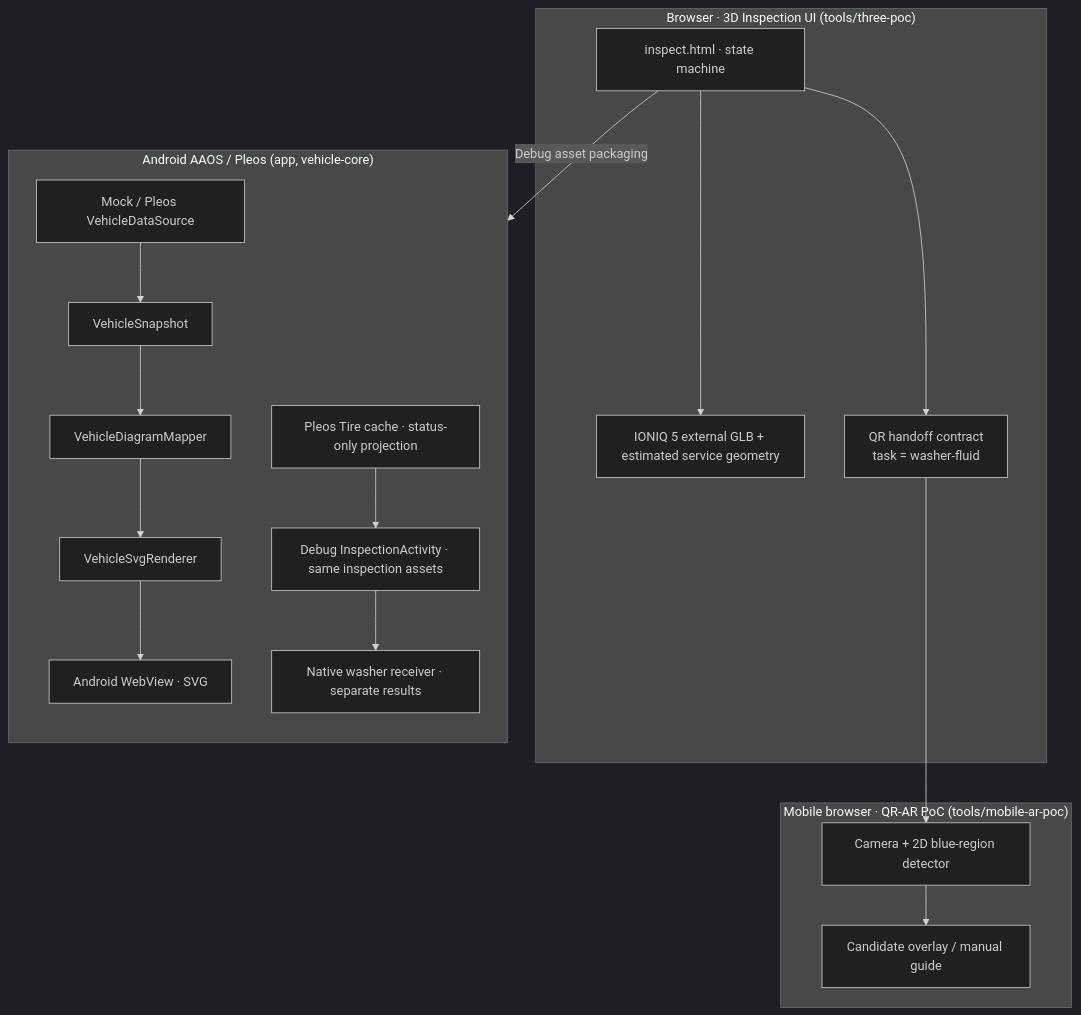
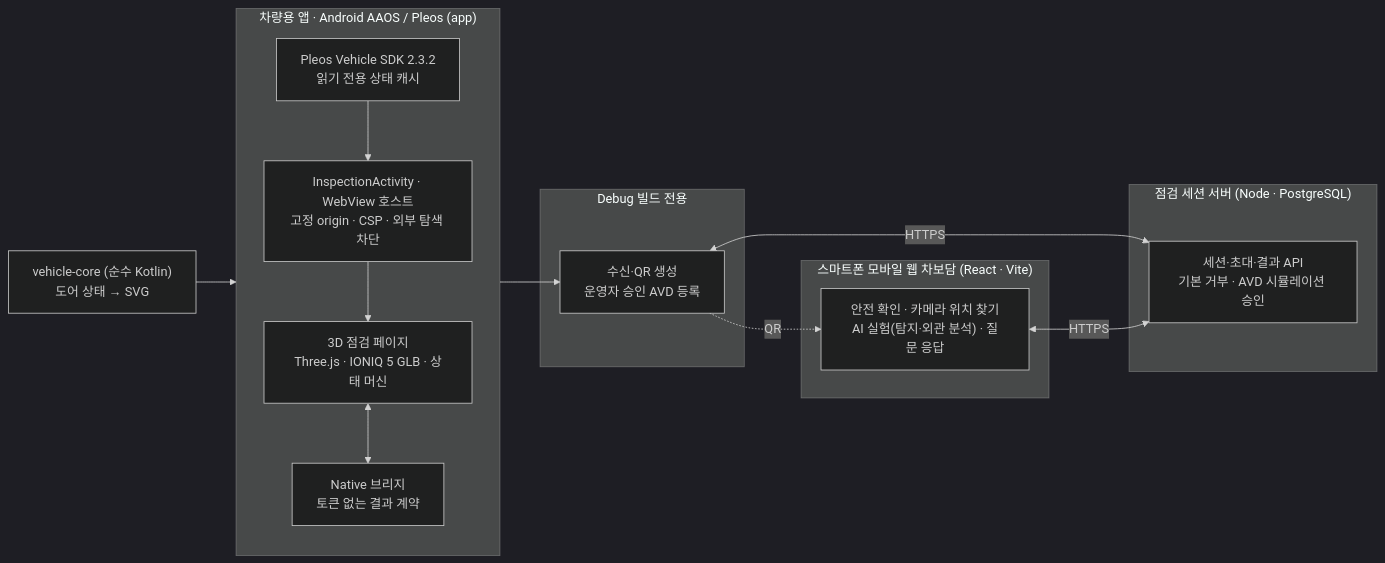
The diagram in README.md (ppsssj/CarScope), drawn with Mermaid (dark theme) before and after one commit. The commit also changed other lines of this file, not shown here.

First line of the commit message:
docs(readme): demo video, user flow and Debug/Release split for 차보담

````diff
--- a/README.md
+++ b/README.md
@@ -145,24 +153,27 @@
 ```mermaid
-flowchart TB
-  subgraph Browser["Browser · 3D Inspection UI (tools/three-poc)"]
-    UI["inspect.html · state machine"]
-    GEO["IONIQ 5 external GLB + estimated service geometry"]
-    UI --> GEO
-    UI --> QR["QR handoff contract<br/>task = washer-fluid"]
+flowchart LR
+  subgraph Car["차량용 앱 · Android AAOS / Pleos (app)"]
+    direction TB
+    PAGE["3D 점검 페이지<br/>Three.js · IONIQ 5 GLB · 상태 머신"]
+    HOST["InspectionActivity · WebView 호스트<br/>고정 origin · CSP · 외부 탐색 차단"]
+    SDK["Pleos Vehicle SDK 2.3.2<br/>읽기 전용 상태 캐시"]
+    BRIDGE["Native 브리지<br/>토큰 없는 결과 계약"]
+    SDK --> HOST
+    HOST --> PAGE
+    PAGE <--> BRIDGE
   end
-  subgraph Mobile["Mobile browser · QR-AR PoC (tools/mobile-ar-poc)"]
-    QR --> CAM["Camera + 2D blue-region detector"]
-    CAM --> GUIDE["Candidate overlay / manual guide"]
+  subgraph Debug["Debug 빌드 전용"]
+    RECV["수신·QR 생성<br/>운영자 승인 AVD 등록"]
   end
-  subgraph Android["Android AAOS / Pleos (app, vehicle-core)"]
-    direction TB
-    SDK["Mock / Pleos VehicleDataSource"] --> SNAP["VehicleSnapshot"]
-    SNAP --> MAP["VehicleDiagramMapper"]
-    MAP --> SVG["VehicleSvgRenderer"]
-    SVG --> WV["Android WebView · SVG"]
-    DEBUG["Debug InspectionActivity · same inspection assets"]
-    TIRE["Pleos Tire cache · status-only projection"] --> DEBUG
-    DEBUG --> NATIVE["Native washer receiver · separate results"]
+  subgraph Server["점검 세션 서버 (Node · PostgreSQL)"]
+    API["세션·초대·결과 API<br/>기본 거부 · AVD 시뮬레이션 승인"]
   end
-  UI -->|"Debug asset packaging"| DEBUG
+  subgraph Phone["스마트폰 모바일 웹 차보담 (React · Vite)"]
+    MOB["안전 확인 · 카메라 위치 찾기<br/>AI 실험(탐지·외관 분석) · 질문 응답"]
+  end
+  BRIDGE --> RECV
+  RECV <-->|"HTTPS"| API
+  RECV -.->|"QR"| MOB
+  MOB <-->|"HTTPS"| API
+  CORE["vehicle-core (순수 Kotlin)<br/>도어 상태 → SVG"] --> HOST
 ```
````
